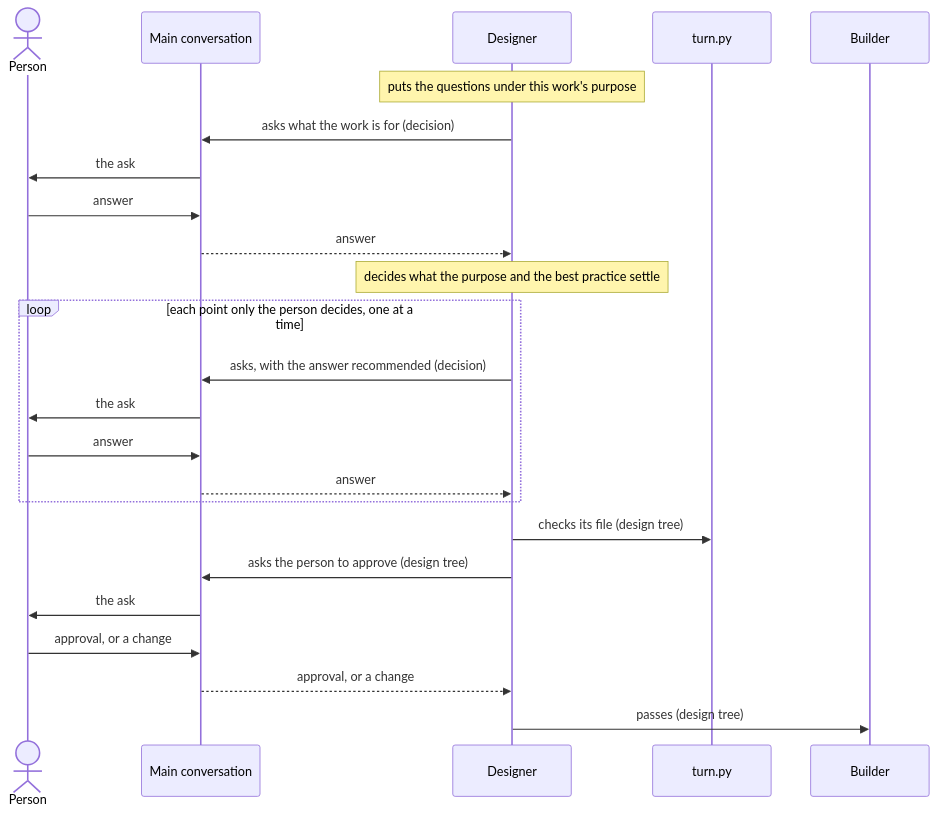
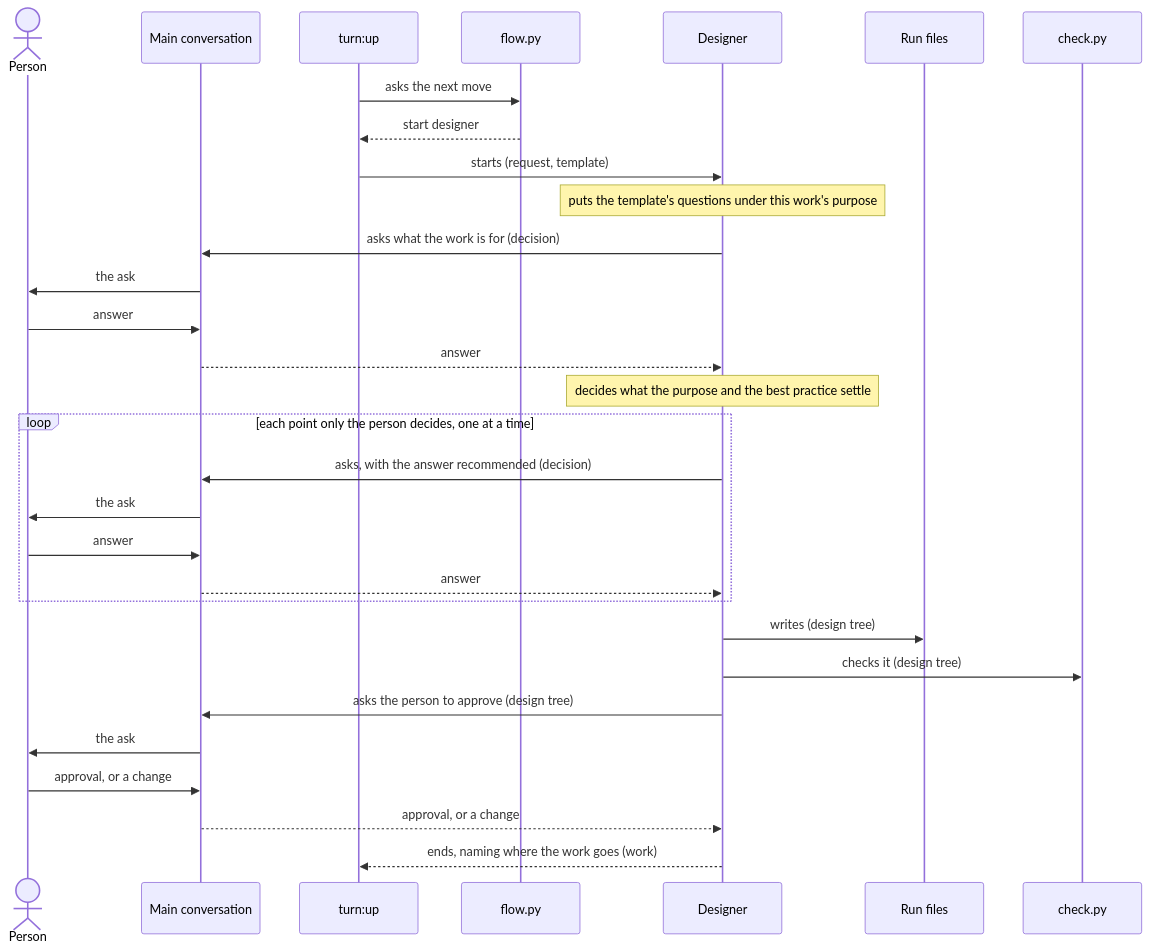
Before and after one commit to lovaizu/ccpm: the third of 6 diagrams in dev/turn/architecture.md, drawn with Mermaid. The commit also changed other lines of this file and 5 other files, not shown here.

First line of the commit message:
turn's architecture on the template: lane's flow holds the order of planner, designer, builder, evaluator, then refactorer and refactor-evaluator for the refactoring phase, each role started fresh from the run's files; check.py checks only what no lane holds; calling.md says how a caller starts turn

````diff
--- a/dev/turn/architecture.md
+++ b/dev/turn/architecture.md
@@ -209,26 +294,32 @@
 ```mermaid
 sequenceDiagram
   actor P as Person
   participant M as Main conversation
+  participant U as turn:up
+  participant F as flow.py
   participant D as Designer
-  participant S as turn.py
-  participant B as Builder
-  Note over D: puts the questions under this work's purpose
+  participant R as Run files
+  participant C as check.py
+  U->>F: asks the next move
+  F-->>U: start designer
+  U->>D: starts (request, template)
+  Note over D: puts the template's questions under this work's purpose
   D->>M: asks what the work is for (decision)
   M->>P: the ask
   P->>M: answer
   M-->>D: answer
   Note over D: decides what the purpose and the best practice settle
   loop each point only the person decides, one at a time
     D->>M: asks, with the answer recommended (decision)
     M->>P: the ask
     P->>M: answer
     M-->>D: answer
   end
-  D->>S: checks its file (design tree)
+  D->>R: writes (design tree)
+  D->>C: checks it (design tree)
   D->>M: asks the person to approve (design tree)
   M->>P: the ask
   P->>M: approval, or a change
   M-->>D: approval, or a change
-  D->>B: passes (design tree)
+  D-->>U: ends, naming where the work goes (work)
 ```
````
